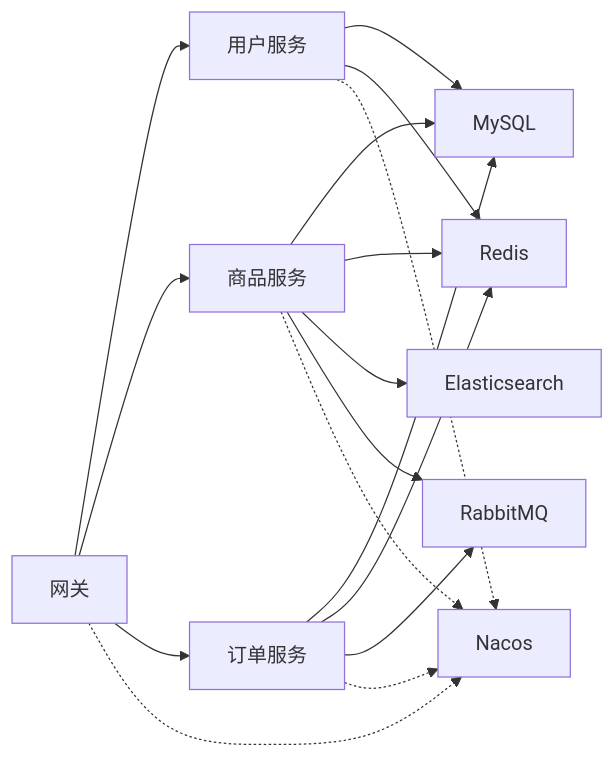
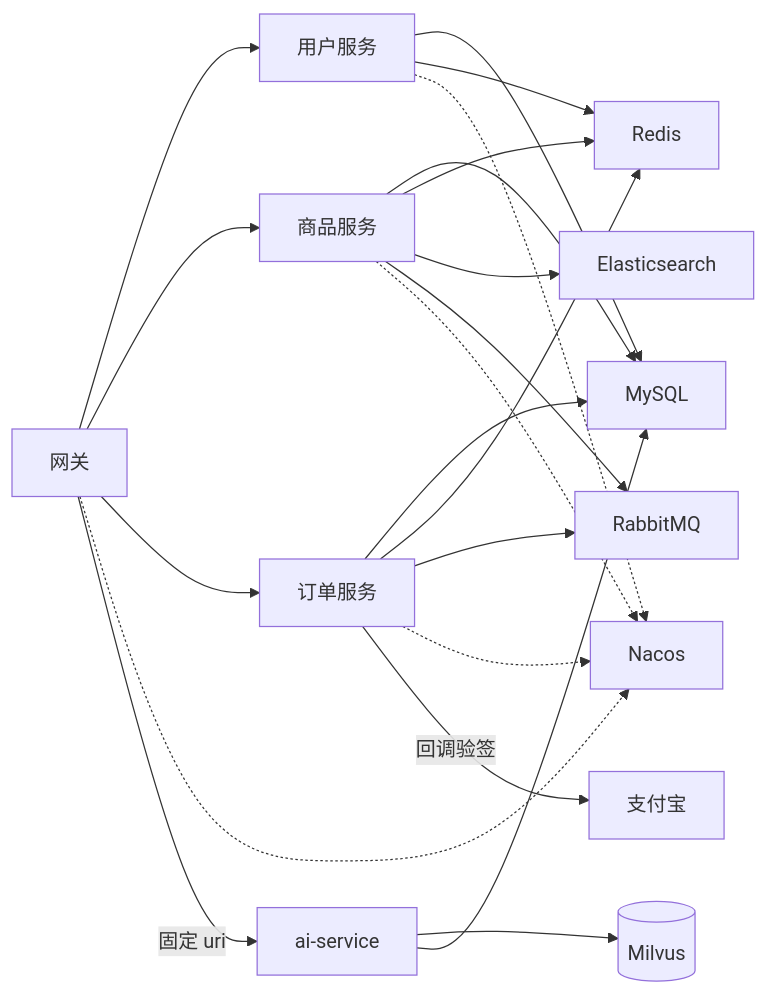
One commit to haohailiang/qoder-fullstack changed the fourth of 5 diagrams in .qoder/repowiki/zh/content/部署与运维/生产环境部署.md. Above: the diagram before and after it, drawn with Mermaid. The commit also changed other lines of this file and 33 other files, not shown here.

````diff
--- a/.qoder/repowiki/zh/content/部署与运维/生产环境部署.md
+++ b/.qoder/repowiki/zh/content/部署与运维/生产环境部署.md
@@ -227,19 +233,23 @@
 ```mermaid
 graph LR
 GW["网关"] --> US["用户服务"]
 GW --> PS["商品服务"]
 GW --> OS["订单服务"]
 US --> DB["MySQL"]
 US --> RC["Redis"]
 PS --> DB
 PS --> RC
 PS --> ES["Elasticsearch"]
 PS --> MQ["RabbitMQ"]
 OS --> DB
 OS --> RC
 OS --> MQ
 GW -.-> NC["Nacos"]
 US -.-> NC
 PS -.-> NC
 OS -.-> NC
+GW -->|"固定 uri"| AI["ai-service"]
+AI --> MV[("Milvus")]
+AI --> DB
+OS -->|"回调验签"| ALY["支付宝"]
 ```
````
